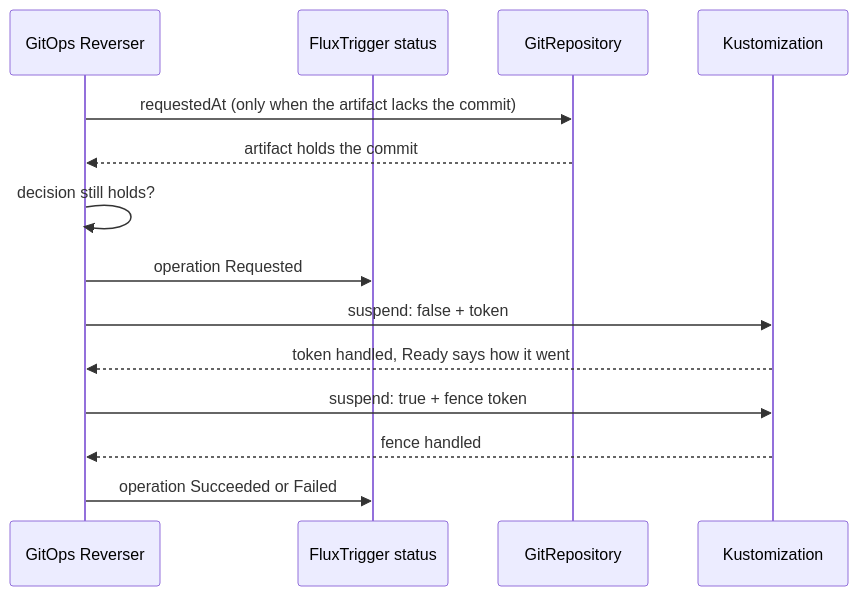
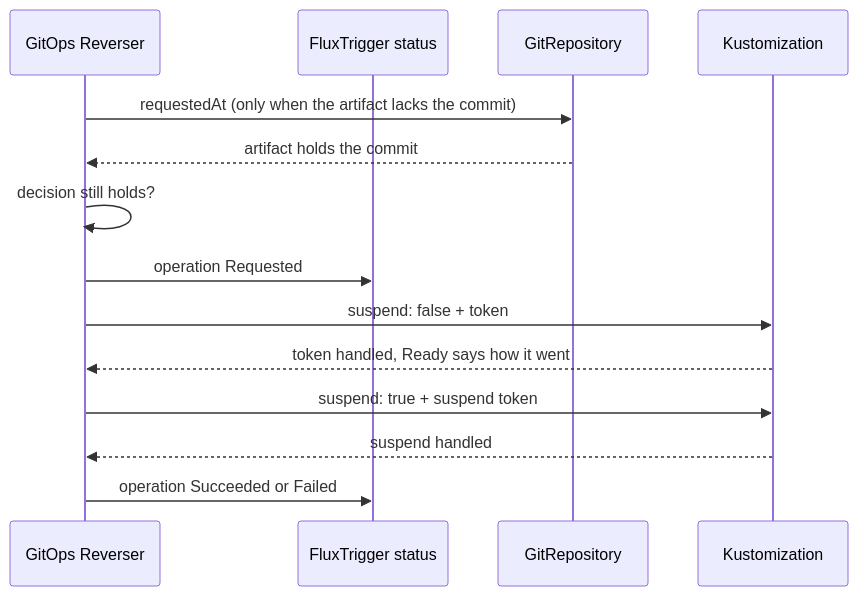
The second of 2 diagrams in docs/bi-directional-flux.md (ConfigButler/gitops-reverser), drawn with Mermaid before and after one commit. The commit also changed other lines of this file and 25 other files, not shown here.

````diff
--- a/docs/bi-directional-flux.md
+++ b/docs/bi-directional-flux.md
@@ -314,17 +315,17 @@
 ```mermaid
 sequenceDiagram
     participant Rev as GitOps Reverser
     participant Trig as FluxTrigger status
     participant Src as GitRepository
     participant Ks as Kustomization
 
     Rev->>Src: requestedAt (only when the artifact lacks the commit)
     Src-->>Rev: artifact holds the commit
     Rev->>Rev: decision still holds?
     Rev->>Trig: operation Requested
     Rev->>Ks: suspend: false + token
     Ks-->>Rev: token handled, Ready says how it went
-    Rev->>Ks: suspend: true + fence token
-    Ks-->>Rev: fence handled
+    Rev->>Ks: suspend: true + suspend token
+    Ks-->>Rev: suspend handled
     Rev->>Trig: operation Succeeded or Failed
 ```
````
